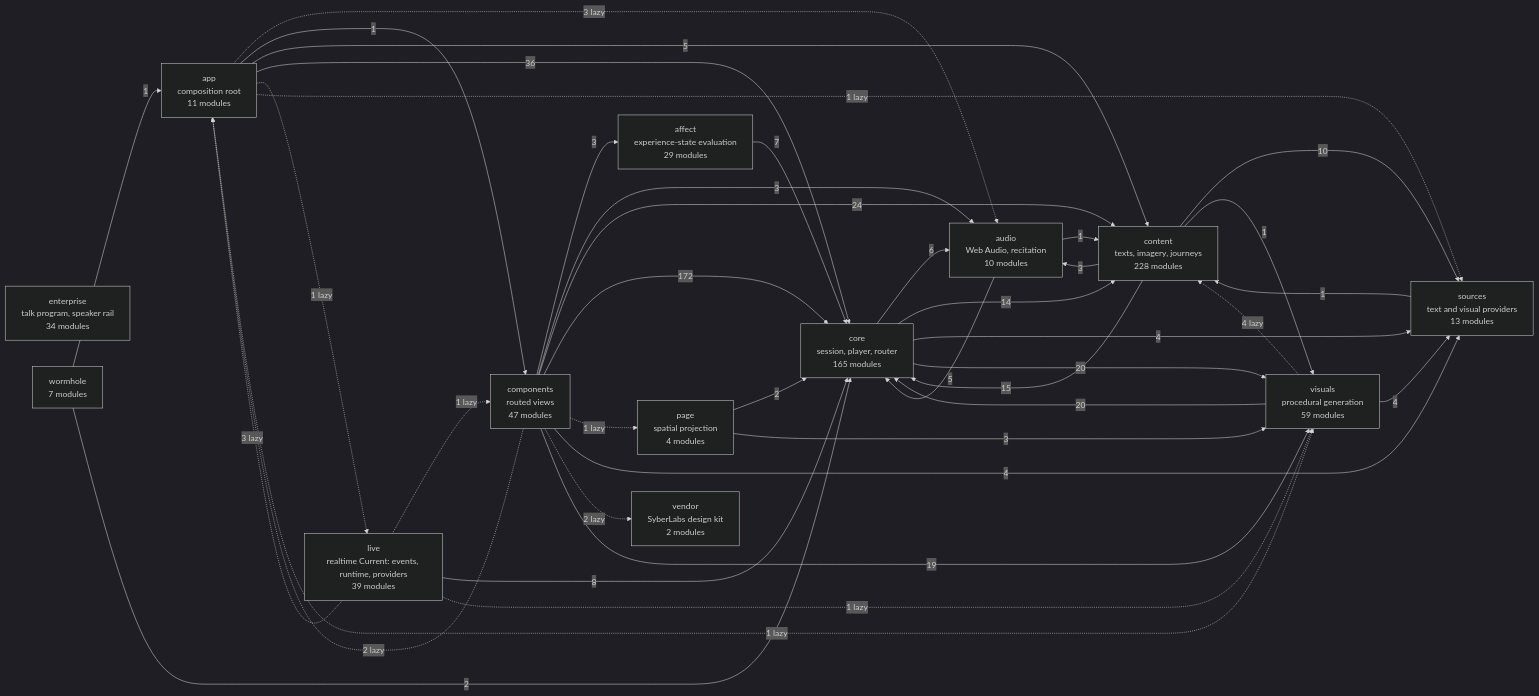
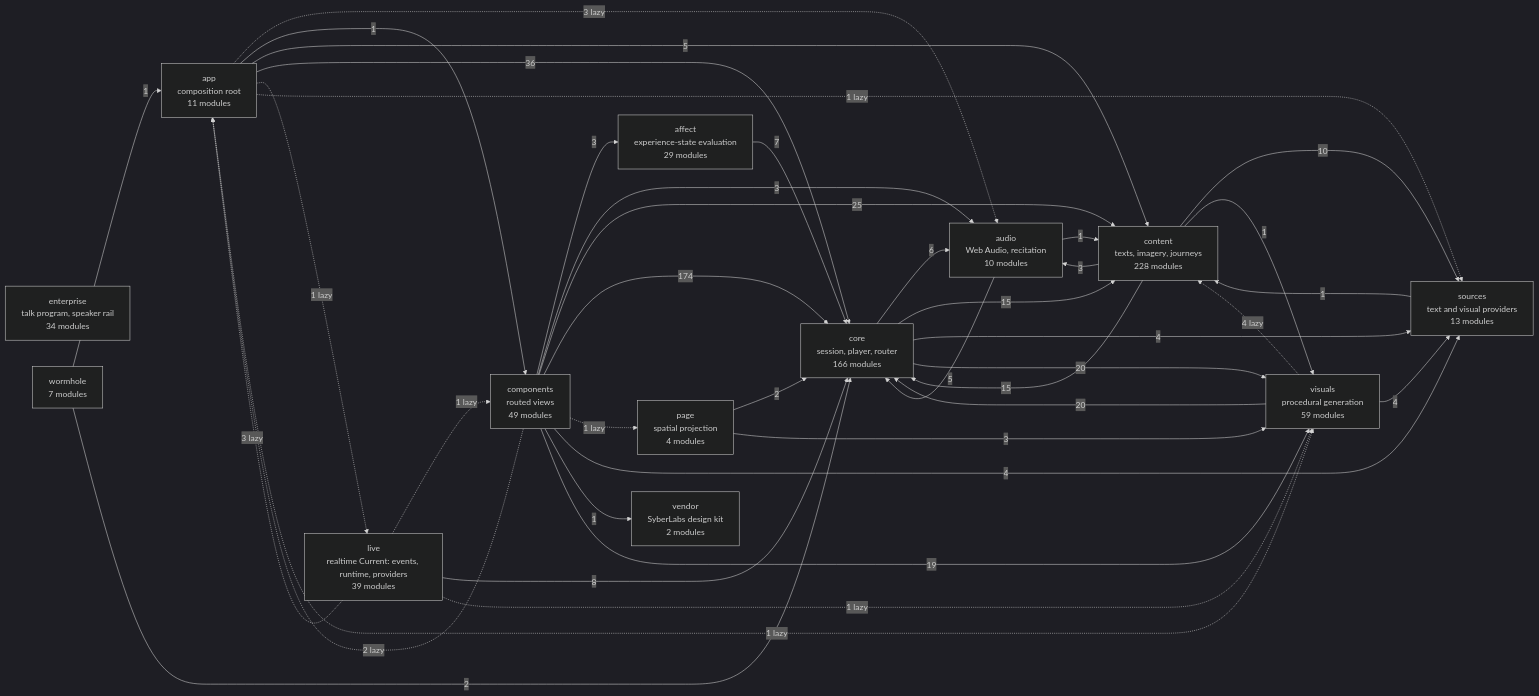
Before and after one commit to SyberLabs/RISE: the diagram in docs/specs/ARCHITECTURE.md, drawn with Mermaid (dark theme).

Commit message:
Regenerate the architecture diagram for the Today view

````diff
--- a/docs/specs/ARCHITECTURE.md
+++ b/docs/specs/ARCHITECTURE.md
@@ -160,56 +160,56 @@
 ```mermaid
 flowchart LR
     affect["affect<br/>experience-state evaluation<br/>29 modules"]
     app["app<br/>composition root<br/>11 modules"]
     audio["audio<br/>Web Audio, recitation<br/>10 modules"]
-    components["components<br/>routed views<br/>47 modules"]
+    components["components<br/>routed views<br/>49 modules"]
     content["content<br/>texts, imagery, journeys<br/>228 modules"]
-    core["core<br/>session, player, router<br/>165 modules"]
+    core["core<br/>session, player, router<br/>166 modules"]
     enterprise["enterprise<br/>talk program, speaker rail<br/>34 modules"]
     live["live<br/>realtime Current: events, runtime, providers<br/>39 modules"]
     page["page<br/>spatial projection<br/>4 modules"]
     sources["sources<br/>text and visual providers<br/>13 modules"]
     vendor["vendor<br/>SyberLabs design kit<br/>2 modules"]
     visuals["visuals<br/>procedural generation<br/>59 modules"]
     wormhole["wormhole<br/>7 modules"]
 
     affect --> |7| core
     app -.-> |3 lazy| audio
     app --> |1| components
     app --> |5| content
     app --> |36| core
     app -.-> |1 lazy| live
     app -.-> |1 lazy| sources
     app -.-> |1 lazy| visuals
     audio --> |1| content
     audio --> |5| core
     components --> |3| affect
     components -.-> |2 lazy| app
     components --> |3| audio
-    components --> |24| content
-    components --> |172| core
+    components --> |25| content
+    components --> |174| core
     components -.-> |1 lazy| page
     components --> |4| sources
-    components -.-> |2 lazy| vendor
+    components --> |1| vendor
     components --> |19| visuals
     content --> |3| audio
     content --> |15| core
     content --> |10| sources
     content --> |1| visuals
     core --> |6| audio
-    core --> |14| content
+    core --> |15| content
     core --> |4| sources
     core --> |20| visuals
     live -.-> |3 lazy| app
     live -.-> |1 lazy| components
     live --> |8| core
     live -.-> |1 lazy| visuals
     page --> |2| core
     page --> |3| visuals
     sources --> |1| content
     visuals -.-> |4 lazy| content
     visuals --> |20| core
     visuals --> |4| sources
     wormhole --> |1| app
     wormhole --> |2| core
 ```
````
